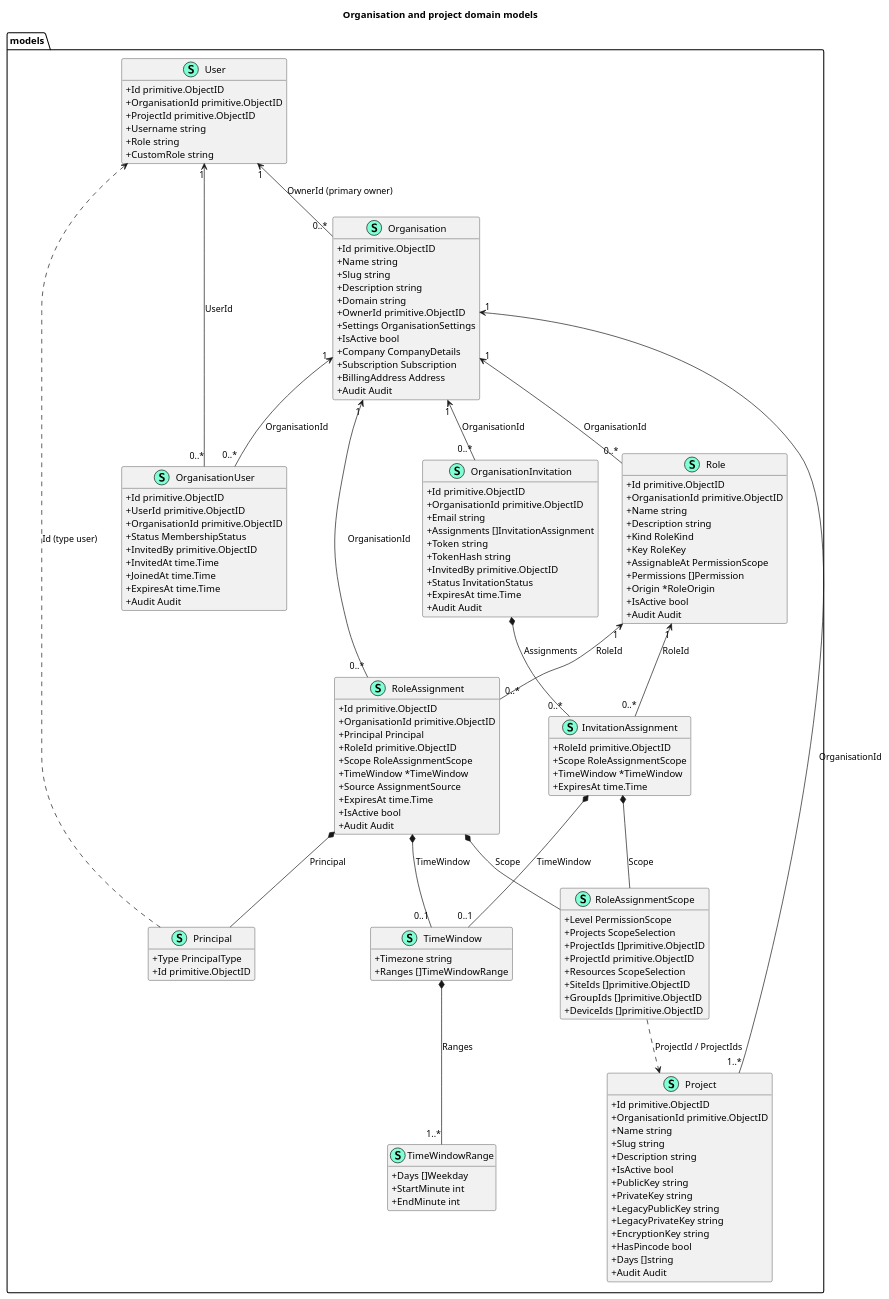
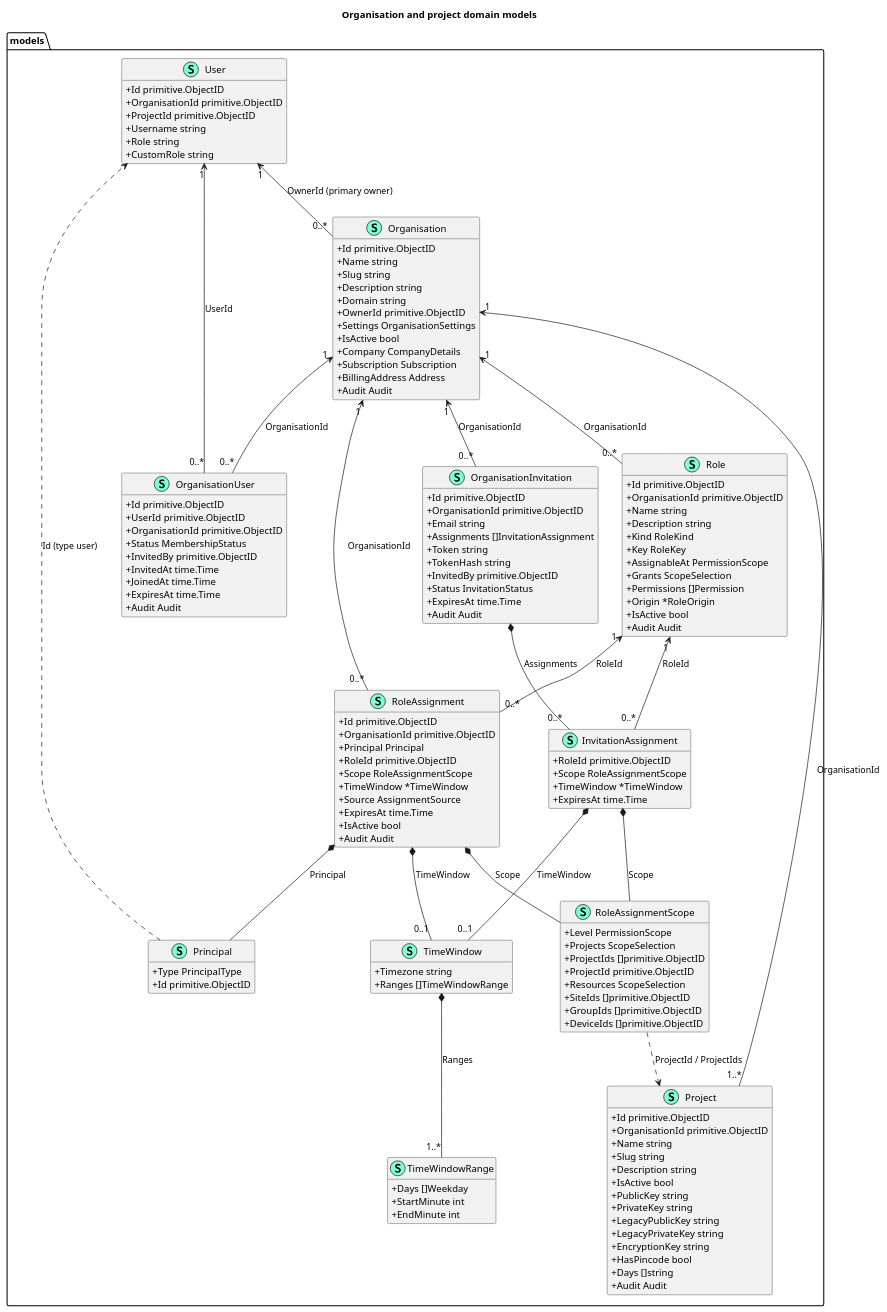
One commit to uug-ai/learn changed the diagram in app/content/docs/hub/organisations/organisation-project.puml. Above: the diagram before and after it, drawn with PlantUML. The commit also changed 2 other files, not shown here.

Commit message:
docs: document a role's explicit grants (all or selected)

```diff
--- a/app/content/docs/hub/organisations/organisation-project.puml
+++ b/app/content/docs/hub/organisations/organisation-project.puml
@@ -1,176 +1,177 @@
 @startuml
 title Organisation and project domain models
 top to bottom direction
 skinparam classAttributeIconSize 0
 skinparam shadowing false
 hide methods
 namespace models {
     class "User" << (S,Aquamarine) >> {
         + Id primitive.ObjectID
         + OrganisationId primitive.ObjectID
         + ProjectId primitive.ObjectID
         + Username string
         + Role string
         + CustomRole string
 
         + WithTimezone()
 
     }
     class "Organisation" << (S,Aquamarine) >> {
         + Id primitive.ObjectID
         + Name string
         + Slug string
         + Description string
         + Domain string
         + OwnerId primitive.ObjectID
         + Settings OrganisationSettings
         + IsActive bool
         + Company CompanyDetails
         + Subscription Subscription
         + BillingAddress Address
         + Audit Audit
 
         + IsPrimaryOwner(userId primitive.ObjectID) bool
 
     }
     class "Project" << (S,Aquamarine) >> {
         + Id primitive.ObjectID
         + OrganisationId primitive.ObjectID
         + Name string
         + Slug string
         + Description string
         + IsActive bool
         + PublicKey string
         + PrivateKey string
         + LegacyPublicKey string
         + LegacyPrivateKey string
         + EncryptionKey string
         + HasPincode bool
         + Days []string
         + Audit Audit
 
     }
     class "OrganisationUser" << (S,Aquamarine) >> {
         + Id primitive.ObjectID
         + UserId primitive.ObjectID
         + OrganisationId primitive.ObjectID
         + Status MembershipStatus
         + InvitedBy primitive.ObjectID
         + InvitedAt time.Time
         + JoinedAt time.Time
         + ExpiresAt time.Time
         + Audit Audit
 
         + IsExpired() bool
         + IsEffectivelyActive() bool
 
     }
     class "Role" << (S,Aquamarine) >> {
         + Id primitive.ObjectID
         + OrganisationId primitive.ObjectID
         + Name string
         + Description string
         + Kind RoleKind
         + Key RoleKey
         + AssignableAt PermissionScope
+        + Grants ScopeSelection
         + Permissions []Permission
         + Origin *RoleOrigin
         + IsActive bool
         + Audit Audit
 
         + ValidatePermissions() error
         + Validate() error
         + RequiresAllProjects() bool
 
     }
     class "RoleAssignment" << (S,Aquamarine) >> {
         + Id primitive.ObjectID
         + OrganisationId primitive.ObjectID
         + Principal Principal
         + RoleId primitive.ObjectID
         + Scope RoleAssignmentScope
         + TimeWindow *TimeWindow
         + Source AssignmentSource
         + ExpiresAt time.Time
         + IsActive bool
         + Audit Audit
 
         + IsExpired() bool
         + IsEffectivelyActive() bool
         + Validate(role Role) error
 
     }
     class "Principal" << (S,Aquamarine) >> {
         + Type PrincipalType
         + Id primitive.ObjectID
 
     }
     class "RoleAssignmentScope" << (S,Aquamarine) >> {
         + Level PermissionScope
         + Projects ScopeSelection
         + ProjectIds []primitive.ObjectID
         + ProjectId primitive.ObjectID
         + Resources ScopeSelection
         + SiteIds []primitive.ObjectID
         + GroupIds []primitive.ObjectID
         + DeviceIds []primitive.ObjectID
 
         + Validate() error
         + ValidateFor(role Role) error
 
     }
     class "TimeWindow" << (S,Aquamarine) >> {
         + Timezone string
         + Ranges []TimeWindowRange
 
         + Validate() error
         + Allows(at time.Time) (bool, error)
 
     }
     class "TimeWindowRange" << (S,Aquamarine) >> {
         + Days []Weekday
         + StartMinute int
         + EndMinute int
 
     }
     class "OrganisationInvitation" << (S,Aquamarine) >> {
         + Id primitive.ObjectID
         + OrganisationId primitive.ObjectID
         + Email string
         + Assignments []InvitationAssignment
         + Token string
         + TokenHash string
         + InvitedBy primitive.ObjectID
         + Status InvitationStatus
         + ExpiresAt time.Time
         + Audit Audit
 
     }
     class "InvitationAssignment" << (S,Aquamarine) >> {
         + RoleId primitive.ObjectID
         + Scope RoleAssignmentScope
         + TimeWindow *TimeWindow
         + ExpiresAt time.Time
 
     }
 }
 ' Relationships below are explicit domain references, not inferred by GoPlantUML.
 models.User "1" <-- "0..*" models.Organisation : OwnerId (primary owner)
 models.Organisation "1" <-- "1..*" models.Project : OrganisationId
 models.User "1" <-- "0..*" models.OrganisationUser : UserId
 models.Organisation "1" <-- "0..*" models.OrganisationUser : OrganisationId
 models.Organisation "1" <-- "0..*" models.Role : OrganisationId
 models.Organisation "1" <-- "0..*" models.RoleAssignment : OrganisationId
 models.Role "1" <-- "0..*" models.RoleAssignment : RoleId
 models.RoleAssignment *-- models.Principal : Principal
 models.Principal ..> models.User : Id (type user)
 models.RoleAssignment *-- models.RoleAssignmentScope : Scope
 models.RoleAssignment *-- "0..1" models.TimeWindow : TimeWindow
 models.TimeWindow *-- "1..*" models.TimeWindowRange : Ranges
 models.Organisation "1" <-- "0..*" models.OrganisationInvitation : OrganisationId
 models.OrganisationInvitation *-- "0..*" models.InvitationAssignment : Assignments
 models.Role "1" <-- "0..*" models.InvitationAssignment : RoleId
 models.InvitationAssignment *-- models.RoleAssignmentScope : Scope
 models.InvitationAssignment *-- "0..1" models.TimeWindow : TimeWindow
 models.RoleAssignmentScope ..> models.Project : ProjectId / ProjectIds
 @enduml
```
